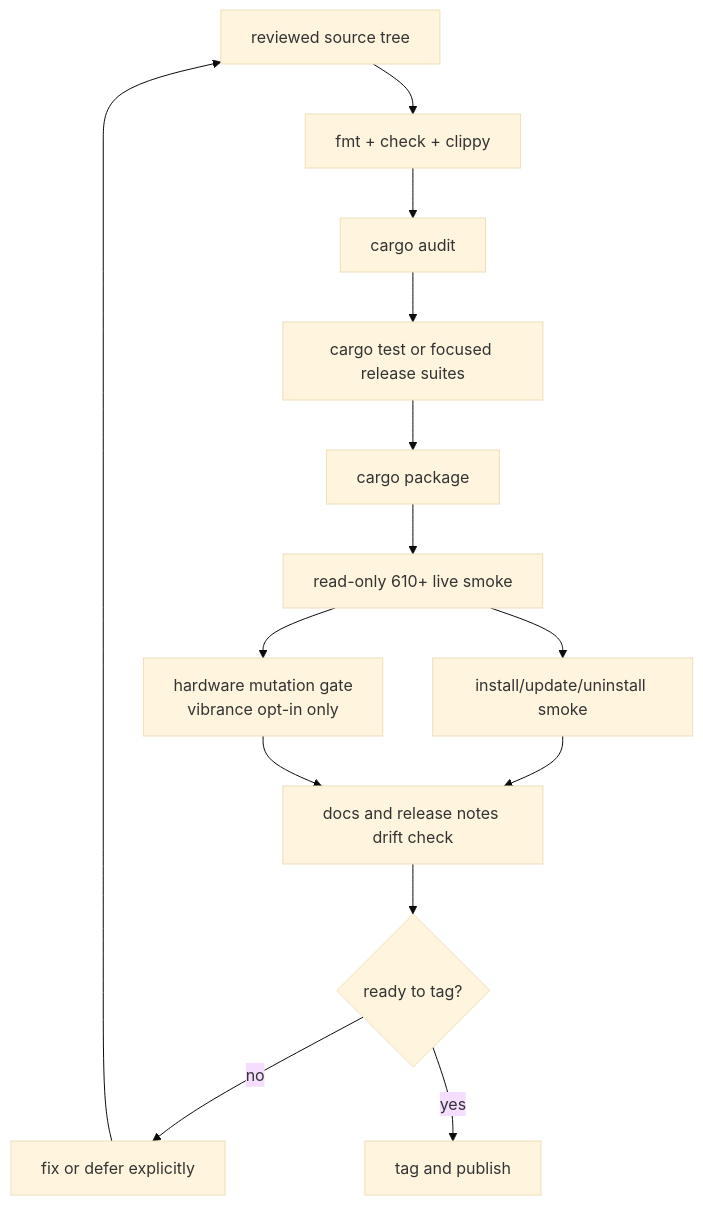
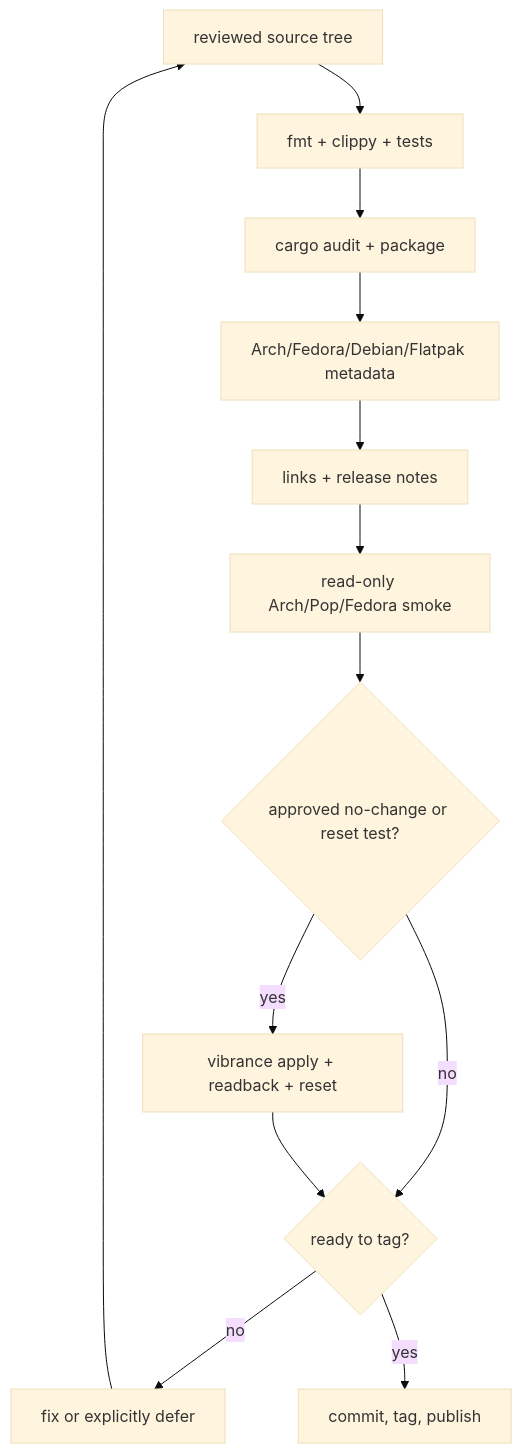
Before and after one commit to GhostKellz/nvcontrol: the diagram in docs/release-checklist.md, drawn with Mermaid (base theme). The commit also changed other lines of this file and 66 other files, not shown here.

````diff
--- a/docs/release-checklist.md
+++ b/docs/release-checklist.md
@@ -5,17 +6,15 @@
 ```mermaid
 flowchart TD
-    source["reviewed source tree"] --> rust["fmt + check + clippy"]
-    rust --> audit["cargo audit"]
-    audit --> tests["cargo test or focused release suites"]
-    tests --> package["cargo package"]
-    package --> live["read-only 610+ live smoke"]
-    live --> install["install/update/uninstall smoke"]
-    install --> docs["docs and release notes drift check"]
-    docs --> decide{"ready to tag?"}
-    decide -->|no| fix["fix or defer explicitly"]
+    source["reviewed source tree"] --> rust["fmt + clippy + tests"]
+    rust --> audit["cargo audit + package"]
+    audit --> packages["Arch/Fedora/Debian/Flatpak metadata"]
+    packages --> docs["links + release notes"]
+    docs --> live["read-only Arch/Pop/Fedora smoke"]
+    live --> mutation{"approved no-change or reset test?"}
+    mutation -->|yes| vibrance["vibrance apply + readback + reset"]
+    mutation -->|no| decide{"ready to tag?"}
+    vibrance --> decide
+    decide -->|no| fix["fix or explicitly defer"]
     fix --> source
-    decide -->|yes| tag["tag and publish"]
-
-    live --> gated["hardware mutation gate\nvibrance opt-in only"]
-    gated --> docs
+    decide -->|yes| tag["commit, tag, publish"]
 ```
````
